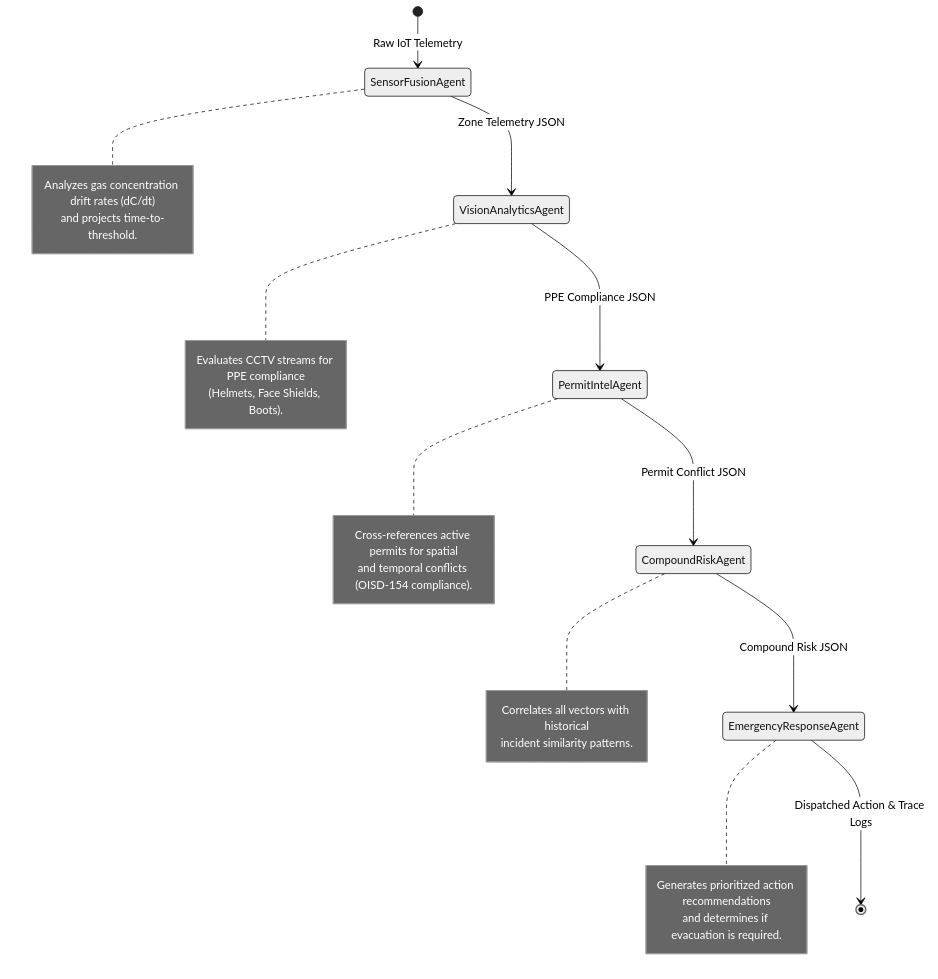
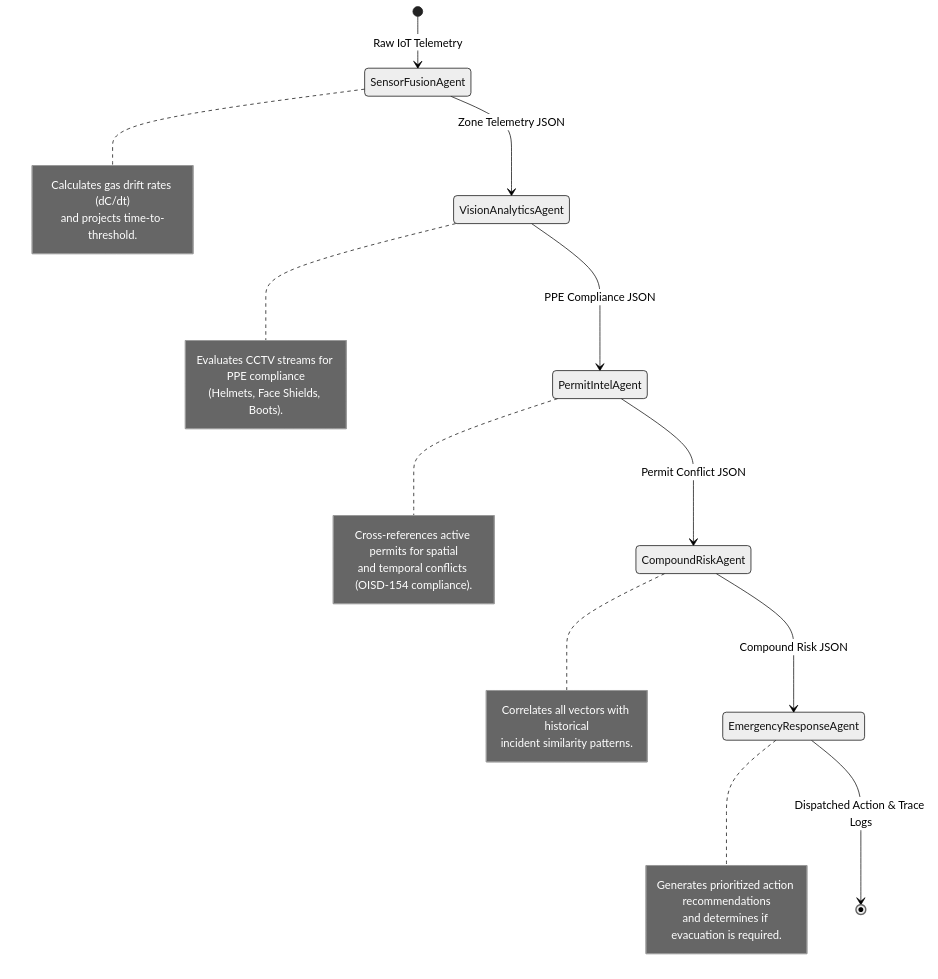
Before and after one commit to AnuragKannojiya/FinGuard-SafetyOS: the second of 2 diagrams in README.md, drawn with Mermaid (neutral theme). The commit also changed other lines of this file, not shown here.

````diff
--- a/README.md
+++ b/README.md
@@ -156,34 +91,34 @@
 ```mermaid
 stateDiagram-v2
     [*] --> SensorFusionAgent: Raw IoT Telemetry
     note right of SensorFusionAgent
-        Analyzes gas concentration drift rates (dC/dt)
+        Calculates gas drift rates (dC/dt)
         and projects time-to-threshold.
     end note
     
     SensorFusionAgent --> VisionAnalyticsAgent: Zone Telemetry JSON
     note right of VisionAnalyticsAgent
         Evaluates CCTV streams for PPE compliance
         (Helmets, Face Shields, Boots).
     end note
 
     VisionAnalyticsAgent --> PermitIntelAgent: PPE Compliance JSON
     note right of PermitIntelAgent
         Cross-references active permits for spatial
         and temporal conflicts (OISD-154 compliance).
     end note
 
     PermitIntelAgent --> CompoundRiskAgent: Permit Conflict JSON
     note right of CompoundRiskAgent
         Correlates all vectors with historical
         incident similarity patterns.
     end note
 
     CompoundRiskAgent --> EmergencyResponseAgent: Compound Risk JSON
     note right of EmergencyResponseAgent
         Generates prioritized action recommendations
         and determines if evacuation is required.
     end note
 
     EmergencyResponseAgent --> [*]: Dispatched Action & Trace Logs
 ```
````
